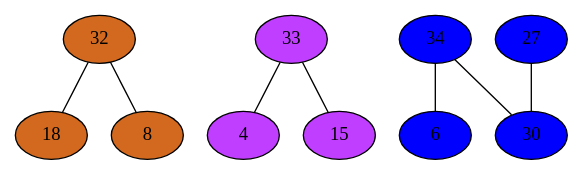
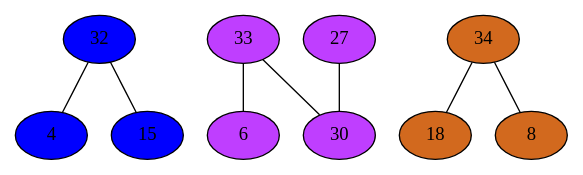
Before and after one commit to mbajaj92/Project-Astoria: the diagram in Compiler/10phiGraph.dot, drawn with Graphviz. The commit also changed 211 other files, not shown here.

```diff
--- a/Compiler/10phiGraph.dot
+++ b/Compiler/10phiGraph.dot
@@ -1,26 +1,26 @@
 strict graph {
-32[label="32" style=filled fillcolor="chocolate"];
-32 -- 18
-32 -- 8
+32[label="32" style=filled fillcolor="blue1"];
+32 -- 4
+32 -- 15
 33[label="33" style=filled fillcolor="darkorchid1"];
-33 -- 4
-33 -- 15
+33 -- 6
+33 -- 30
+34[label="34" style=filled fillcolor="chocolate"];
+34 -- 18
+34 -- 8
 18[label="18" style=filled fillcolor="chocolate"];
-18 -- 32
-34[label="34" style=filled fillcolor="blue1"];
-34 -- 6
-34 -- 30
-4[label="4" style=filled fillcolor="darkorchid1"];
-4 -- 33
-6[label="6" style=filled fillcolor="blue1"];
-6 -- 34
+18 -- 34
+4[label="4" style=filled fillcolor="blue1"];
+4 -- 32
+6[label="6" style=filled fillcolor="darkorchid1"];
+6 -- 33
 8[label="8" style=filled fillcolor="chocolate"];
-8 -- 32
-27[label="27" style=filled fillcolor="blue1"];
+8 -- 34
+27[label="27" style=filled fillcolor="darkorchid1"];
 27 -- 30
-30[label="30" style=filled fillcolor="blue1"];
-30 -- 34
+30[label="30" style=filled fillcolor="darkorchid1"];
+30 -- 33
 30 -- 27
-15[label="15" style=filled fillcolor="darkorchid1"];
-15 -- 33
+15[label="15" style=filled fillcolor="blue1"];
+15 -- 32
 }
```
